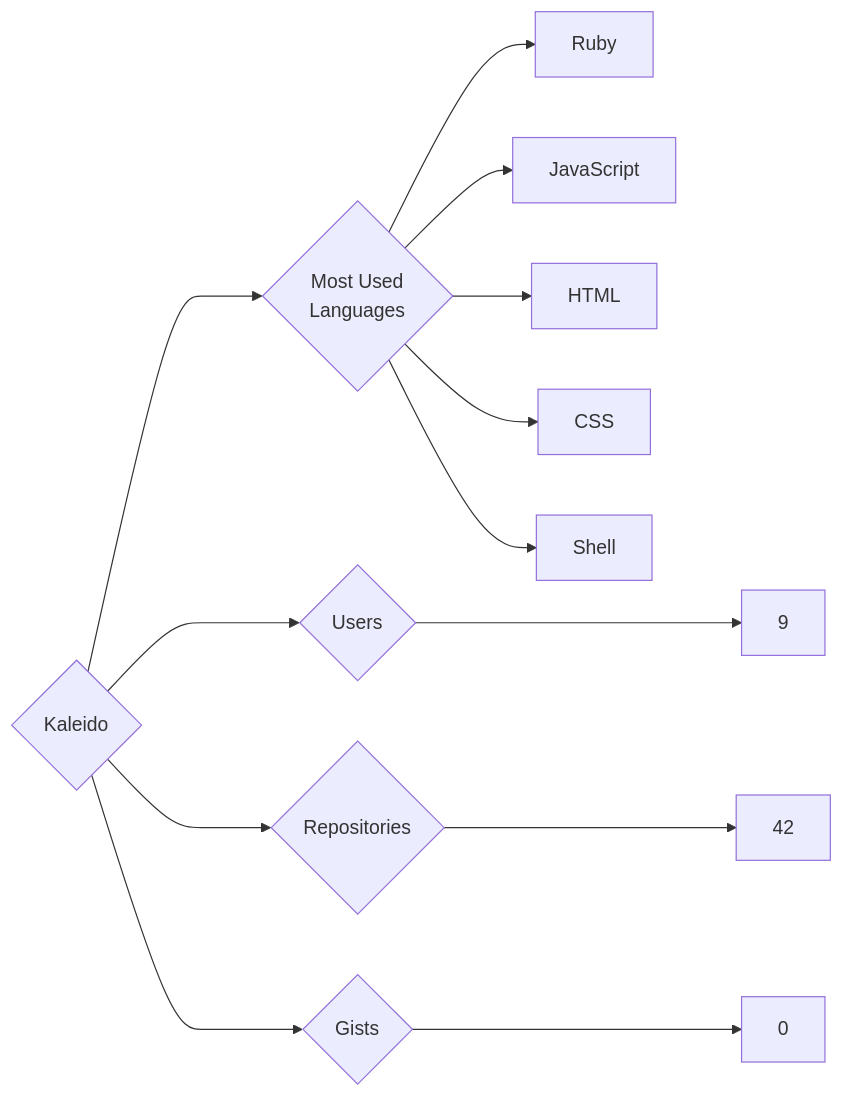
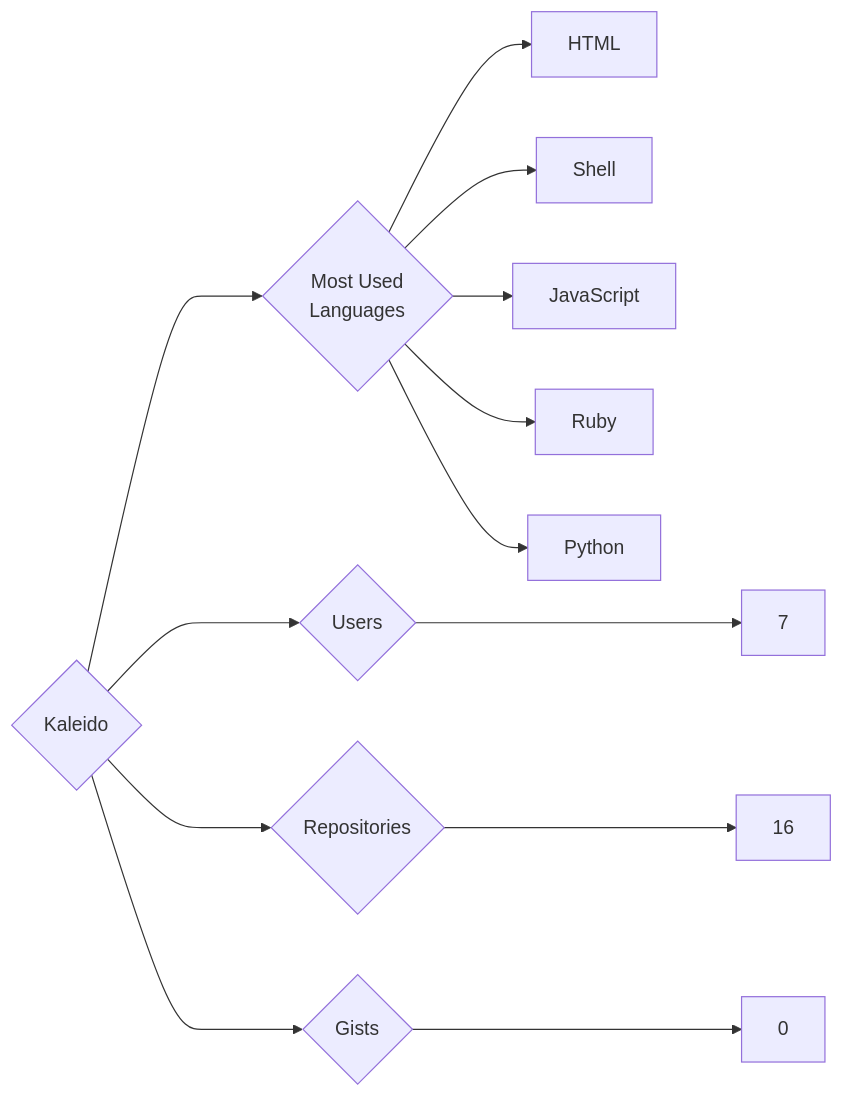
One commit to trickest/insiders changed the diagram in targets/Kaleido/README.md. Above: the diagram before and after it, drawn with Mermaid. The commit also changed 1238 other files, not shown here.

````diff
--- a/targets/Kaleido/README.md
+++ b/targets/Kaleido/README.md
@@ -3,13 +3,13 @@
 ```mermaid
 graph LR
 COMPANY_NAME{Kaleido}
-COMPANY_NAME ---> U{Users} ---> UN[9]
-COMPANY_NAME ---> R{Repositories} ---> RN[42]
+COMPANY_NAME ---> U{Users} ---> UN[7]
+COMPANY_NAME ---> R{Repositories} ---> RN[16]
 COMPANY_NAME ---> G{Gists} ---> GN[0]
 COMPANY_NAME ---> ML{Most Used<br>Languages}
+ML --> HTML[HTML]
+ML --> Shell[Shell]
+ML --> JavaScript[JavaScript]
 ML --> Ruby[Ruby]
-ML --> JavaScript[JavaScript]
-ML --> HTML[HTML]
-ML --> CSS[CSS]
-ML --> Shell[Shell]
+ML --> Python[Python]
 ```
````
